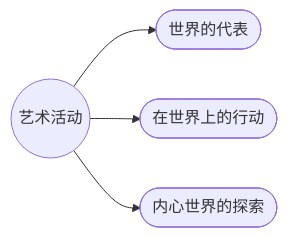
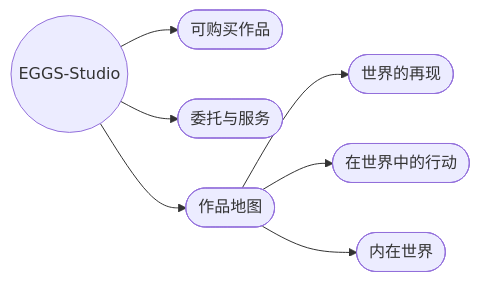
One commit to EGGS-Artesvisuales/EGGS-Artesvisuales.github.io changed the diagram in CHN/index.md. Above: the diagram before and after it, drawn with Mermaid. The commit also changed other lines of this file, not shown here.

Commit message:
Simplifica portada CHN

```diff
--- a/CHN/index.md
+++ b/CHN/index.md
@@ -39,15 +64,21 @@
 <div class="mermaid">
 flowchart LR
-  principal(("艺术活动"))
-  representacion(["世界的代表"])
-  accion(["在世界上的行动"])
-  interior(["内心世界的探索"])
+  principal(("EGGS-Studio"))
+  tienda(["可购买作品"])
+  servicios(["委托与服务"])
+  mapa(["作品地图"])
 
-  principal --> representacion
-  principal --> accion
-  principal --> interior
+  principal --> tienda
+  principal --> servicios
+  principal --> mapa
 
-  click representacion "/CHN/mundo-exterior.html" "前往世界代表"
-  click accion "/CHN/accion.html" "前往世界各地行动"
-  click interior "/CHN/interior.html" "走进内心世界"
+  mapa --> representacion(["世界的再现"])
+  mapa --> accion(["在世界中的行动"])
+  mapa --> interior(["内在世界"])
+
+  click tienda "/CHN/tienda.html#impresiones-y-fotografia" "前往可购买作品"
+  click servicios "/CHN/servicios.html" "前往服务"
+  click representacion "/CHN/mundo-exterior.html" "前往世界的再现"
+  click accion "/CHN/accion.html" "前往在世界中的行动"
+  click interior "/CHN/interior.html" "前往内在世界"
 </div>
```
